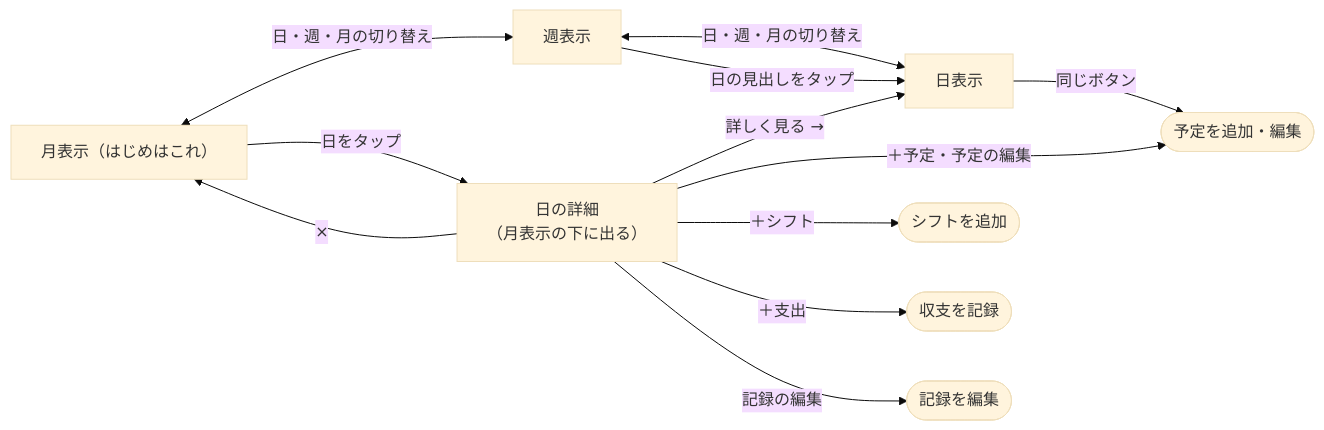
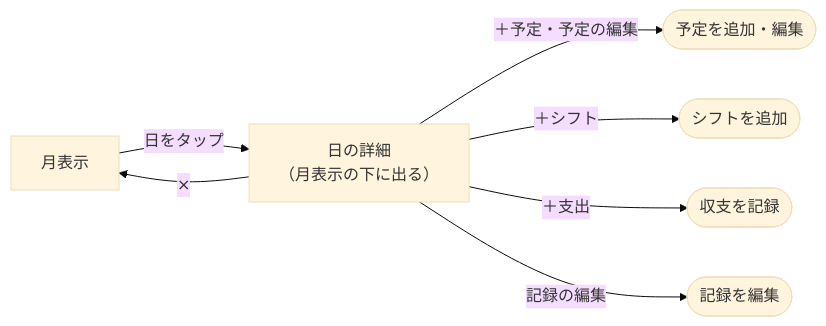
The second of 2 diagrams in docs/SCREENS.md (Keitaro0510/maney-app), drawn with Mermaid (base theme) before and after one commit. The commit also changed other lines of this file and 14 other files, not shown here.

````diff
--- a/docs/SCREENS.md
+++ b/docs/SCREENS.md
@@ -92,20 +92,13 @@
 ```mermaid
 flowchart LR
-  month["月表示（はじめはこれ）"]
-  week["週表示"]
-  day["日表示"]
+  month["月表示"]
   detail["日の詳細<br>（月表示の下に出る）"]
 
-  month <-->|"日・週・月の切り替え"| week
-  week <-->|"日・週・月の切り替え"| day
   month -- "日をタップ" --> detail
-  detail -- "詳しく見る →" --> day
   detail -- "×" --> month
-  week -- "日の見出しをタップ" --> day
 
   detail -- "＋予定・予定の編集" --> sPlan(["予定を追加・編集"])
   detail -- "＋シフト" --> sShift(["シフトを追加"])
   detail -- "＋支出" --> sLdg(["収支を記録"])
   detail -- "記録の編集" --> sLde(["記録を編集"])
-  day -- "同じボタン" --> sPlan
 ```
````
